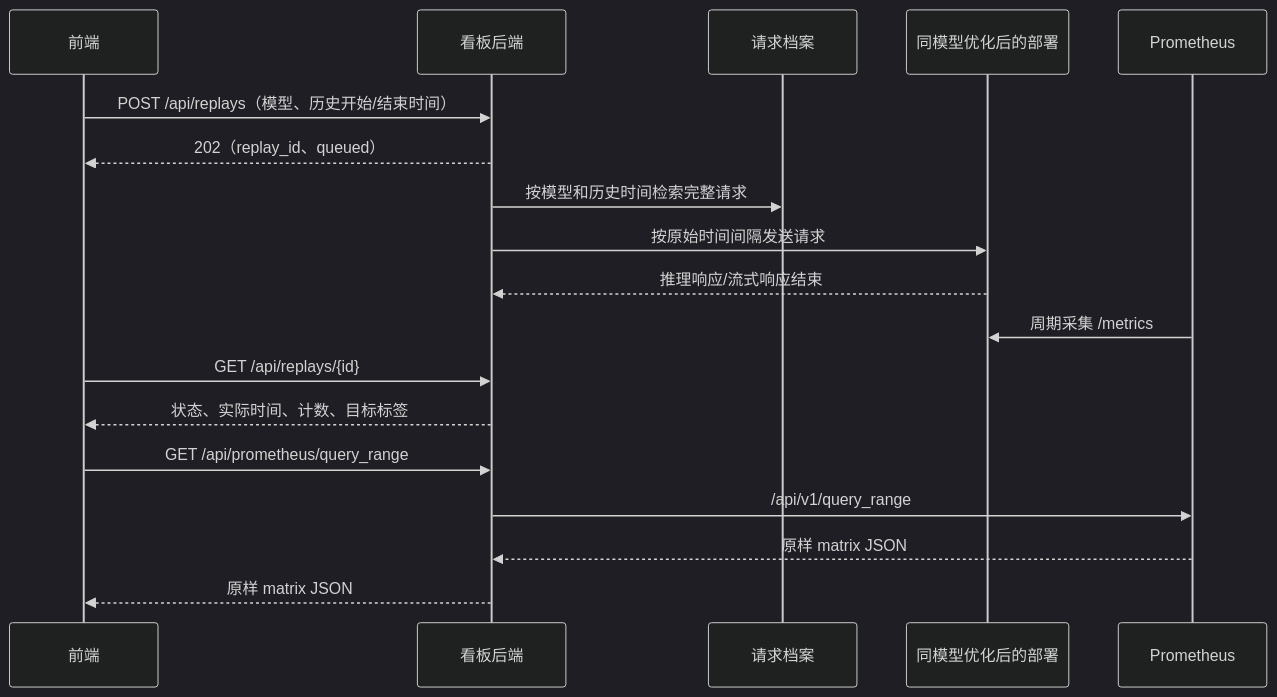
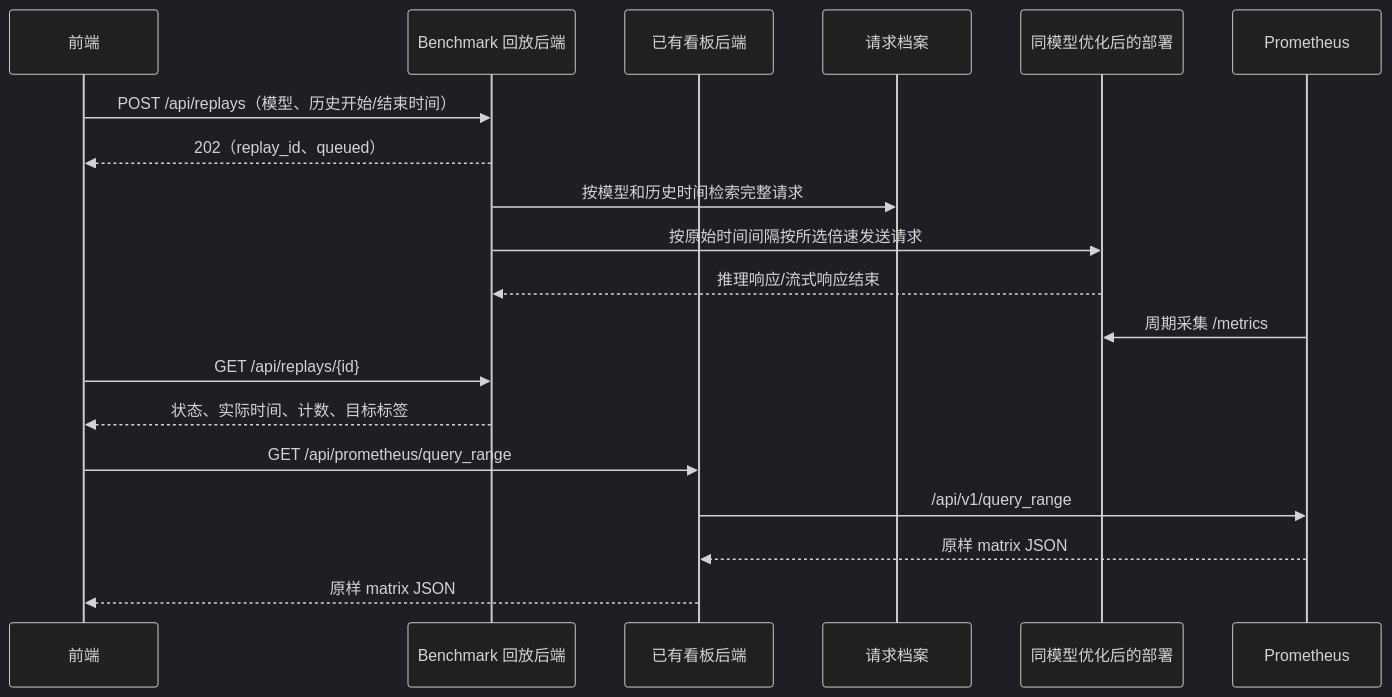
Before and after one commit to TZ3070/LLM-TrafficReplay: the diagram in docs/replay-api.md, drawn with Mermaid (dark theme). The commit also changed other lines of this file and 25 other files, not shown here.

````diff
--- a/docs/replay-api.md
+++ b/docs/replay-api.md
@@ -20,20 +22,21 @@
 ```mermaid
 sequenceDiagram
     participant F as 前端
-    participant B as 看板后端
+    participant B as Benchmark 回放后端
+    participant Q as 已有看板后端
     participant A as 请求档案
     participant M as 同模型优化后的部署
     participant P as Prometheus
     F->>B: POST /api/replays（模型、历史开始/结束时间）
     B-->>F: 202（replay_id、queued）
     B->>A: 按模型和历史时间检索完整请求
-    B->>M: 按原始时间间隔发送请求
+    B->>M: 按原始时间间隔按所选倍速发送请求
     M-->>B: 推理响应/流式响应结束
     P->>M: 周期采集 /metrics
     F->>B: GET /api/replays/{id}
     B-->>F: 状态、实际时间、计数、目标标签
-    F->>B: GET /api/prometheus/query_range
-    B->>P: /api/v1/query_range
-    P-->>B: 原样 matrix JSON
-    B-->>F: 原样 matrix JSON
+    F->>Q: GET /api/prometheus/query_range
+    Q->>P: /api/v1/query_range
+    P-->>Q: 原样 matrix JSON
+    Q-->>F: 原样 matrix JSON
 ```
````
